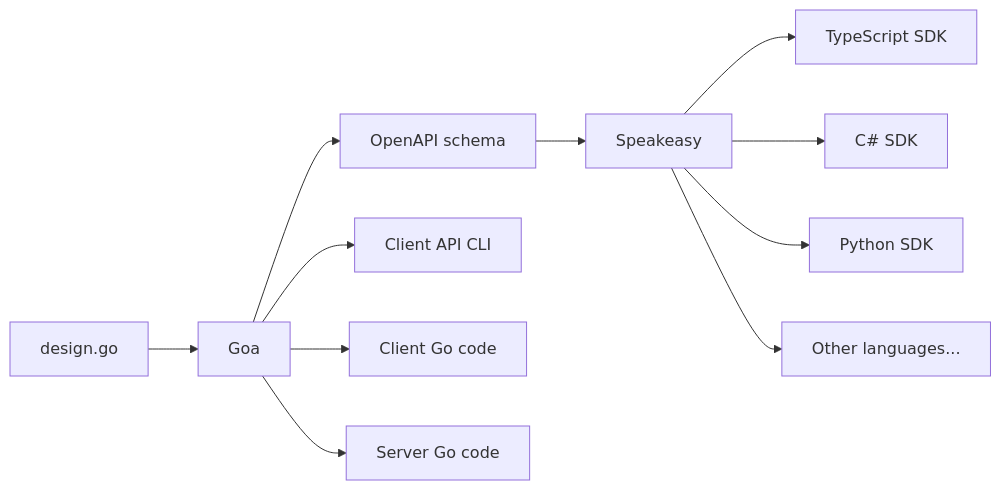
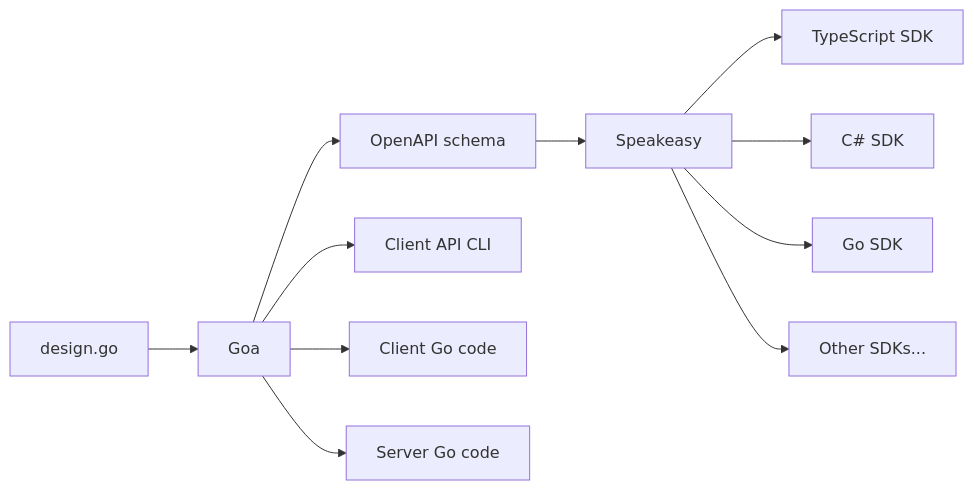
One commit to ritza-co/speakeasy-goa-example changed the diagram in article_DELETE_ME.MD. Above: the diagram before and after it, drawn with Mermaid. The commit also changed other lines of this file, not shown here.

Commit message:
Notes on other go frameworks

````diff
--- a/article_DELETE_ME.MD
+++ b/article_DELETE_ME.MD
@@ -22,14 +21,14 @@
 ```mermaid
 flowchart LR
   design.go --> Goa
   Goa --> api[OpenAPI schema]
   Goa --> cli[Client API CLI]
   Goa --> client[Client Go code]
   Goa --> server[Server Go code]
   api --> Speakeasy
   Speakeasy --> ts[TypeScript SDK]
   Speakeasy --> c[C# SDK]
-  Speakeasy --> p[Python SDK]
-  Speakeasy --> etc[Other languages...]
+  Speakeasy --> p[Go SDK]
+  Speakeasy --> etc[Other SDKs...]
 
 ```
````
